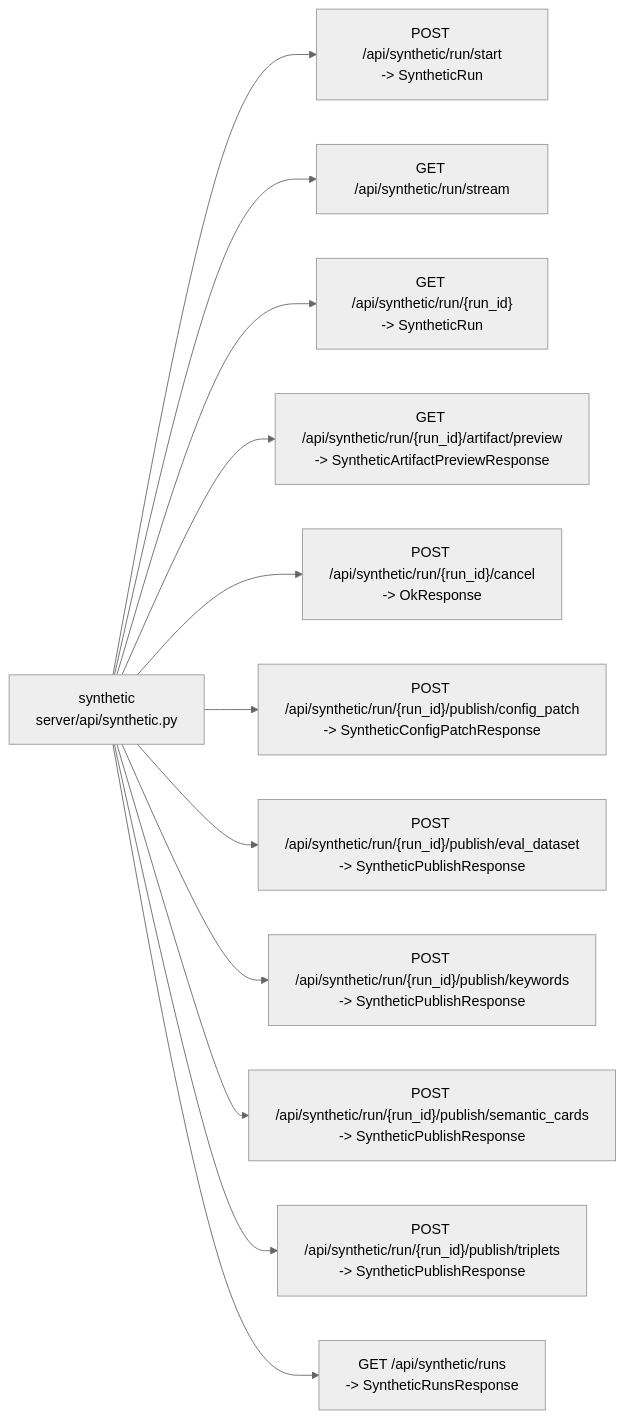
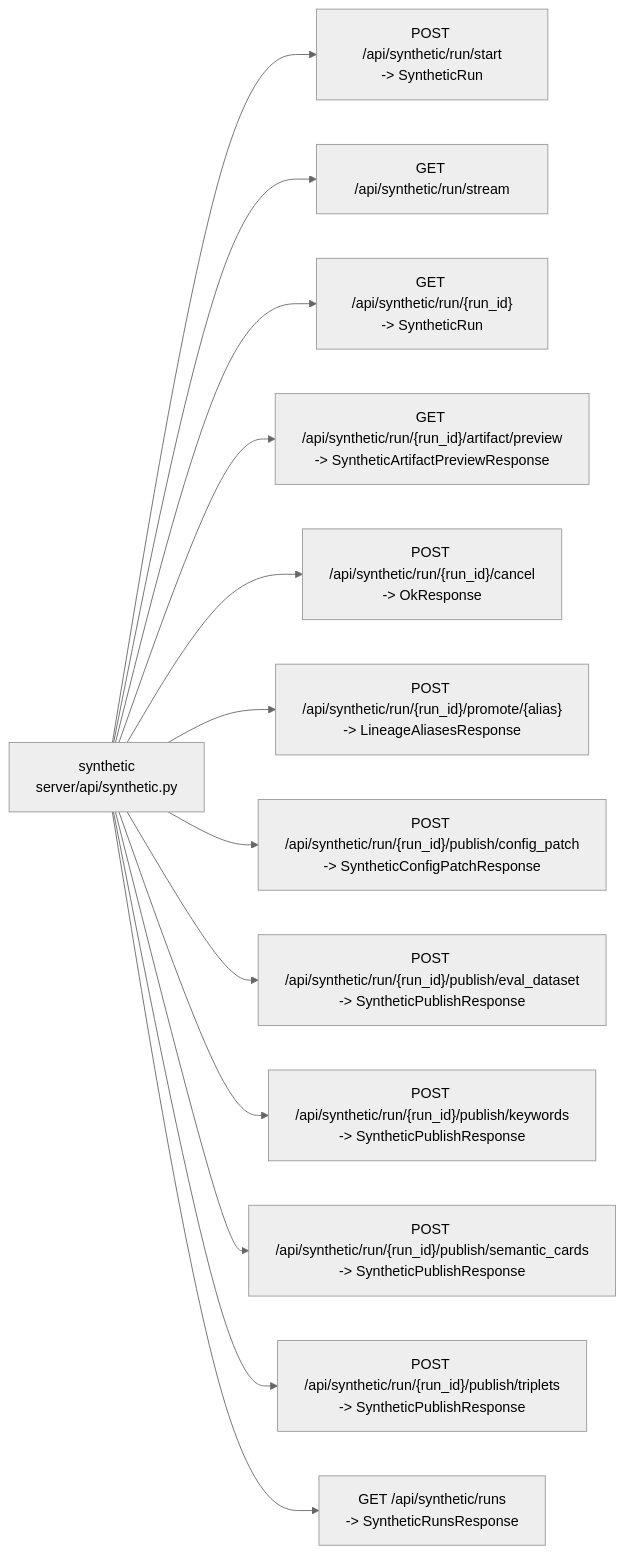
Diagram 25 of 25 in mkdocs/docs/reference/architecture/api-surface.md (DMontgomery40/ragweld), drawn with Mermaid (neutral theme) before and after one commit. The commit also changed other lines of this file and 13 other files, not shown here.

````diff
--- a/mkdocs/docs/reference/architecture/api-surface.md
+++ b/mkdocs/docs/reference/architecture/api-surface.md
@@ -771,26 +774,28 @@
 ```mermaid
 flowchart LR
     n_synthetic["synthetic\nserver/api/synthetic.py"]
     n_synthetic_0["POST /api/synthetic/run/start\n-> SyntheticRun"]
     n_synthetic --> n_synthetic_0
     n_synthetic_1["GET /api/synthetic/run/stream"]
     n_synthetic --> n_synthetic_1
     n_synthetic_2["GET /api/synthetic/run/{run_id}\n-> SyntheticRun"]
     n_synthetic --> n_synthetic_2
     n_synthetic_3["GET /api/synthetic/run/{run_id}/artifact/preview\n-> SyntheticArtifactPreviewResponse"]
     n_synthetic --> n_synthetic_3
     n_synthetic_4["POST /api/synthetic/run/{run_id}/cancel\n-> OkResponse"]
     n_synthetic --> n_synthetic_4
-    n_synthetic_5["POST /api/synthetic/run/{run_id}/publish/config_patch\n-> SyntheticConfigPatchResponse"]
+    n_synthetic_5["POST /api/synthetic/run/{run_id}/promote/{alias}\n-> LineageAliasesResponse"]
     n_synthetic --> n_synthetic_5
-    n_synthetic_6["POST /api/synthetic/run/{run_id}/publish/eval_dataset\n-> SyntheticPublishResponse"]
+    n_synthetic_6["POST /api/synthetic/run/{run_id}/publish/config_patch\n-> SyntheticConfigPatchResponse"]
     n_synthetic --> n_synthetic_6
-    n_synthetic_7["POST /api/synthetic/run/{run_id}/publish/keywords\n-> SyntheticPublishResponse"]
+    n_synthetic_7["POST /api/synthetic/run/{run_id}/publish/eval_dataset\n-> SyntheticPublishResponse"]
     n_synthetic --> n_synthetic_7
-    n_synthetic_8["POST /api/synthetic/run/{run_id}/publish/semantic_cards\n-> SyntheticPublishResponse"]
+    n_synthetic_8["POST /api/synthetic/run/{run_id}/publish/keywords\n-> SyntheticPublishResponse"]
     n_synthetic --> n_synthetic_8
-    n_synthetic_9["POST /api/synthetic/run/{run_id}/publish/triplets\n-> SyntheticPublishResponse"]
+    n_synthetic_9["POST /api/synthetic/run/{run_id}/publish/semantic_cards\n-> SyntheticPublishResponse"]
     n_synthetic --> n_synthetic_9
-    n_synthetic_10["GET /api/synthetic/runs\n-> SyntheticRunsResponse"]
+    n_synthetic_10["POST /api/synthetic/run/{run_id}/publish/triplets\n-> SyntheticPublishResponse"]
     n_synthetic --> n_synthetic_10
+    n_synthetic_11["GET /api/synthetic/runs\n-> SyntheticRunsResponse"]
+    n_synthetic --> n_synthetic_11
 ```
````
